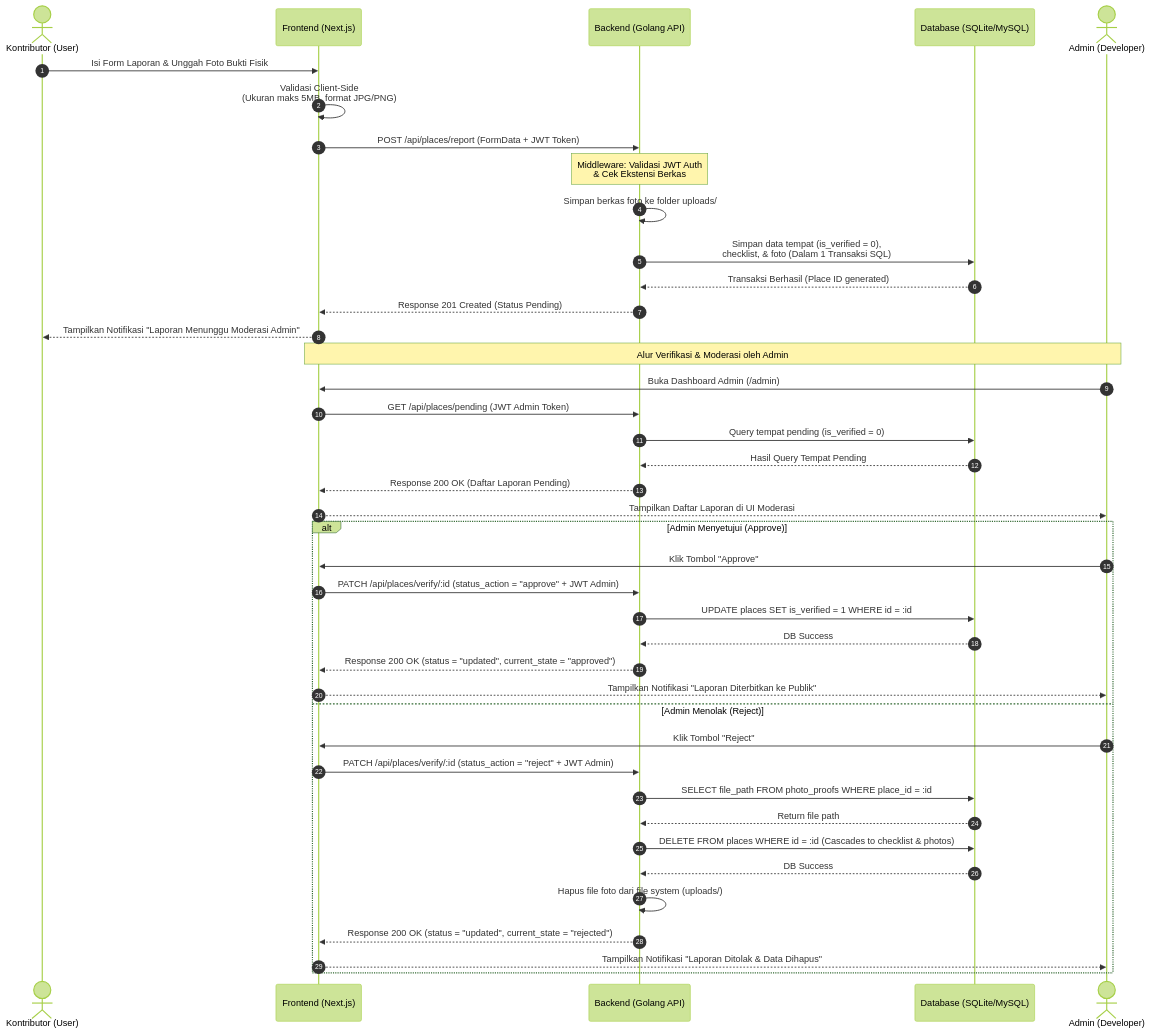
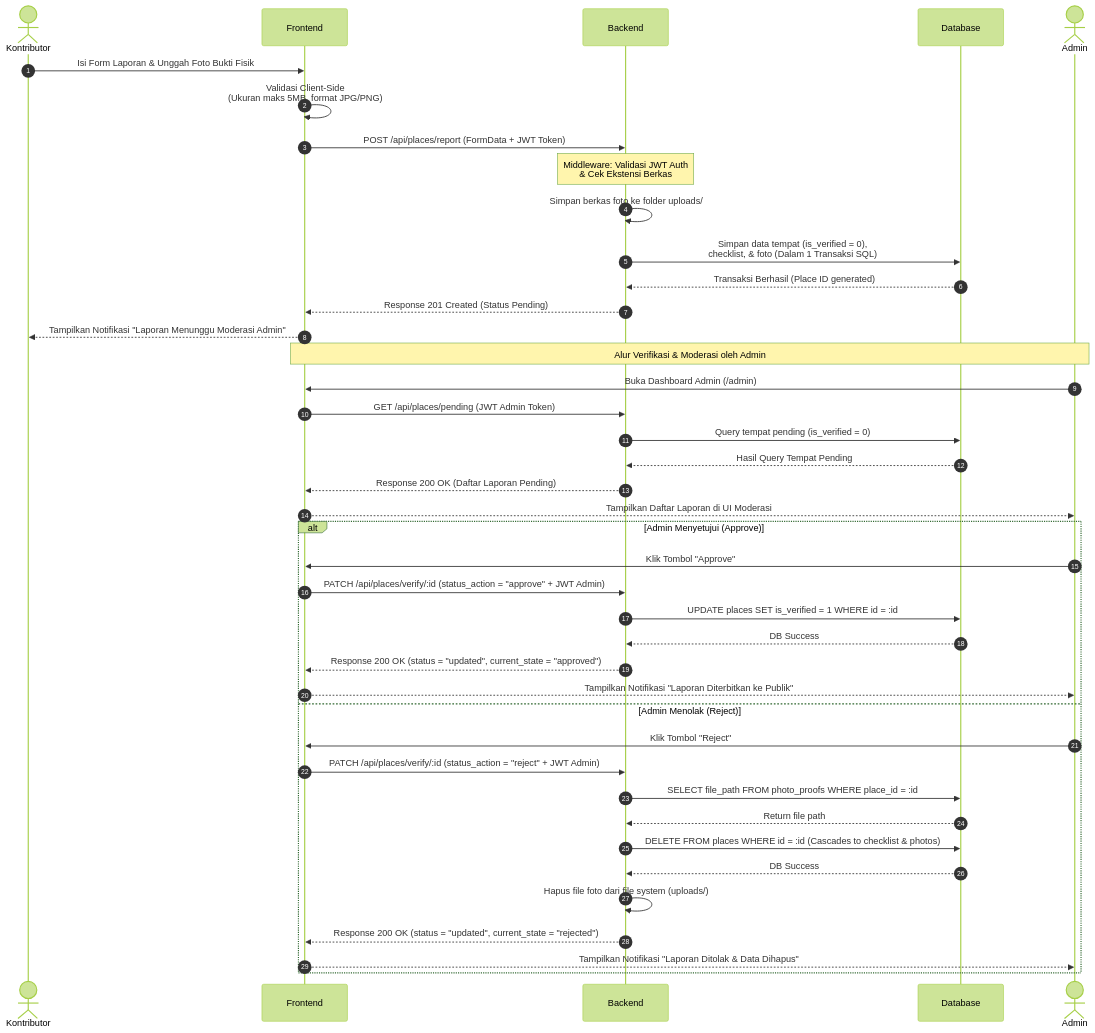
One commit to DisaCare/DisaCare_test changed the second of 2 diagrams in README.md. Above: the diagram before and after it, drawn with Mermaid (forest theme). The commit also changed other lines of this file, not shown here.

````diff
--- a/README.md
+++ b/README.md
@@ -118,46 +118,46 @@
 ```mermaid
 sequenceDiagram
     autonumber
-    actor K as Kontributor (User)
-    participant F as Frontend (Next.js)
-    participant B as Backend (Golang API)
-    participant DB as Database (SQLite/MySQL)
-    actor A as Admin (Developer)
+    actor K as Kontributor
+    participant F as Frontend
+    participant B as Backend
+    participant DB as Database
+    actor A as Admin
 
     K->>F: Isi Form Laporan & Unggah Foto Bukti Fisik
     F->>F: Validasi Client-Side<br/>(Ukuran maks 5MB, format JPG/PNG)
     F->>B: POST /api/places/report (FormData + JWT Token)
     Note over B: Middleware: Validasi JWT Auth<br/>& Cek Ekstensi Berkas
     B->>B: Simpan berkas foto ke folder uploads/
     B->>DB: Simpan data tempat (is_verified = 0),<br/>checklist, & foto (Dalam 1 Transaksi SQL)
     DB-->>B: Transaksi Berhasil (Place ID generated)
     B-->>F: Response 201 Created (Status Pending)
     F-->>K: Tampilkan Notifikasi "Laporan Menunggu Moderasi Admin"
 
     Note over F,A: Alur Verifikasi & Moderasi oleh Admin
     A->>F: Buka Dashboard Admin (/admin)
     F->>B: GET /api/places/pending (JWT Admin Token)
     B->>DB: Query tempat pending (is_verified = 0)
     DB-->>B: Hasil Query Tempat Pending
     B-->>F: Response 200 OK (Daftar Laporan Pending)
     F-->>A: Tampilkan Daftar Laporan di UI Moderasi
 
     alt Admin Menyetujui (Approve)
         A->>F: Klik Tombol "Approve"
         F->>B: PATCH /api/places/verify/:id (status_action = "approve" + JWT Admin)
         B->>DB: UPDATE places SET is_verified = 1 WHERE id = :id
         DB-->>B: DB Success
         B-->>F: Response 200 OK (status = "updated", current_state = "approved")
         F-->>A: Tampilkan Notifikasi "Laporan Diterbitkan ke Publik"
     else Admin Menolak (Reject)
         A->>F: Klik Tombol "Reject"
         F->>B: PATCH /api/places/verify/:id (status_action = "reject" + JWT Admin)
         B->>DB: SELECT file_path FROM photo_proofs WHERE place_id = :id
         DB-->>B: Return file path
         B->>DB: DELETE FROM places WHERE id = :id (Cascades to checklist & photos)
         DB-->>B: DB Success
         B->>B: Hapus file foto dari file system (uploads/)
         B-->>F: Response 200 OK (status = "updated", current_state = "rejected")
         F-->>A: Tampilkan Notifikasi "Laporan Ditolak & Data Dihapus"
     end
 ```
````
